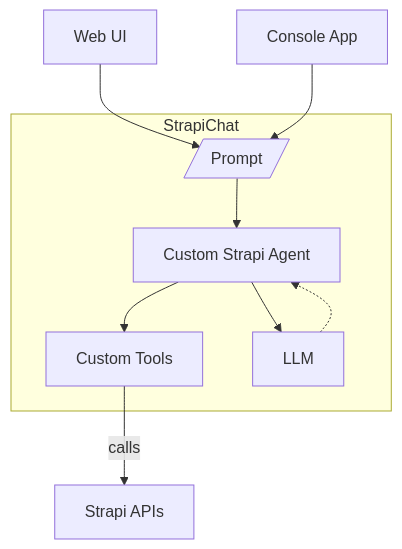
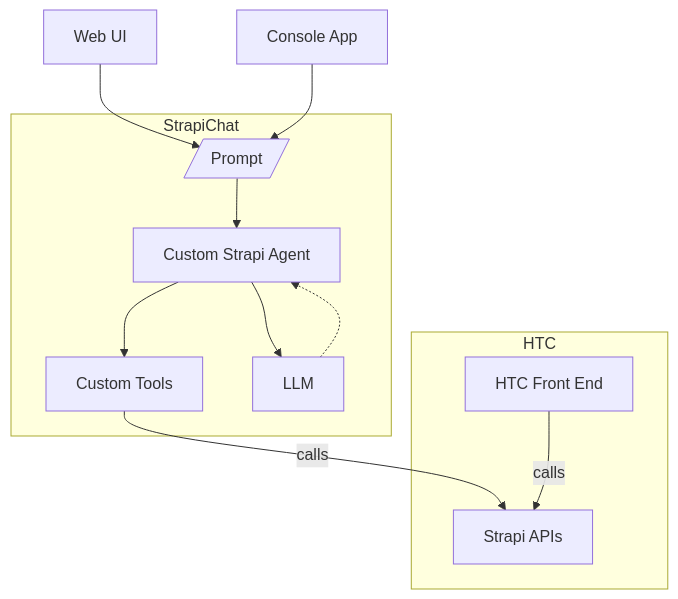
One commit to alallaqi/poc-strapi-chat changed the second of 3 diagrams in README.md. Above: the diagram before and after it, drawn with Mermaid. The commit also changed other lines of this file and 9 other files, not shown here.

````diff
--- a/README.md
+++ b/README.md
@@ -74,11 +62,14 @@
 ```mermaid
 graph TD
     WU[Web UI] --> P
     CA[Console App] --> P
     subgraph StrapiChat
       P[/Prompt/] --> LC["Custom Strapi Agent"]
       LC --> CT[Custom Tools]
       LC --> LLM[LLM] -.-> LC
     end
-    CT --> |calls|SA[Strapi APIs]
+    subgraph HTC
+        CT --> |calls|SA[Strapi APIs]
+        FE[HTC Front End] --> |calls|SA[Strapi APIs]
+    end
 ```
````
